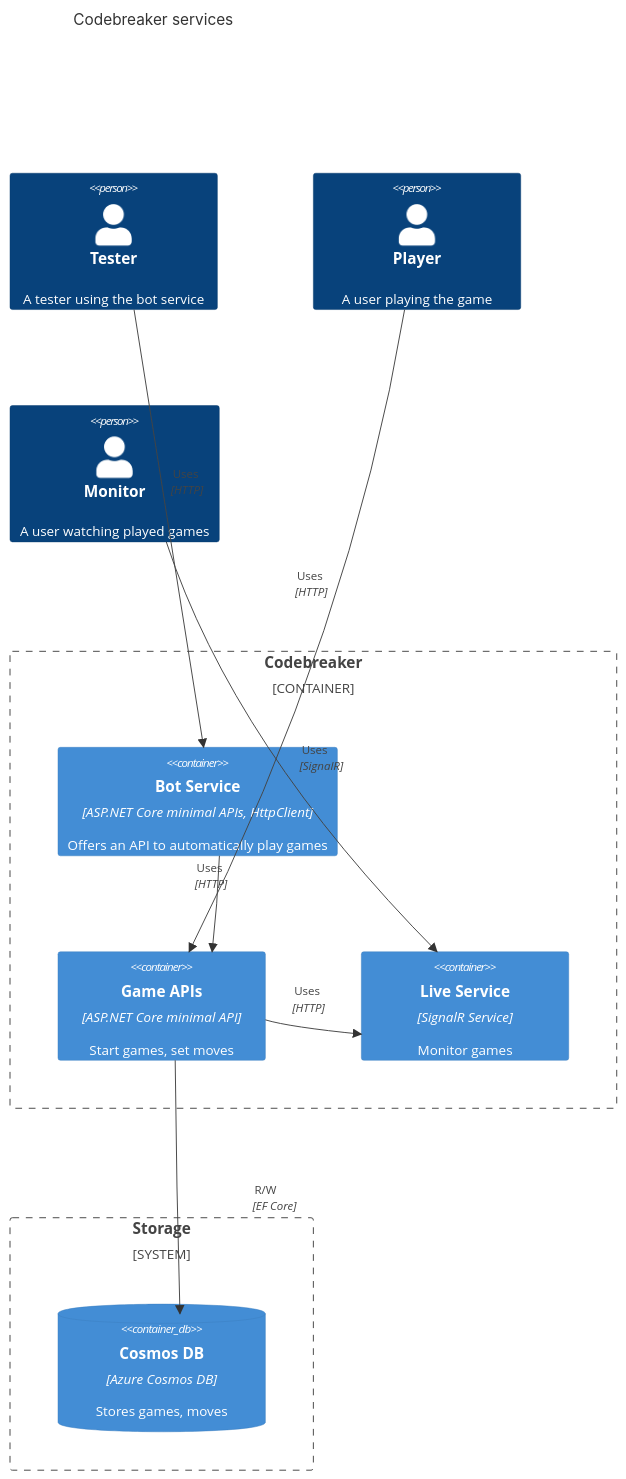
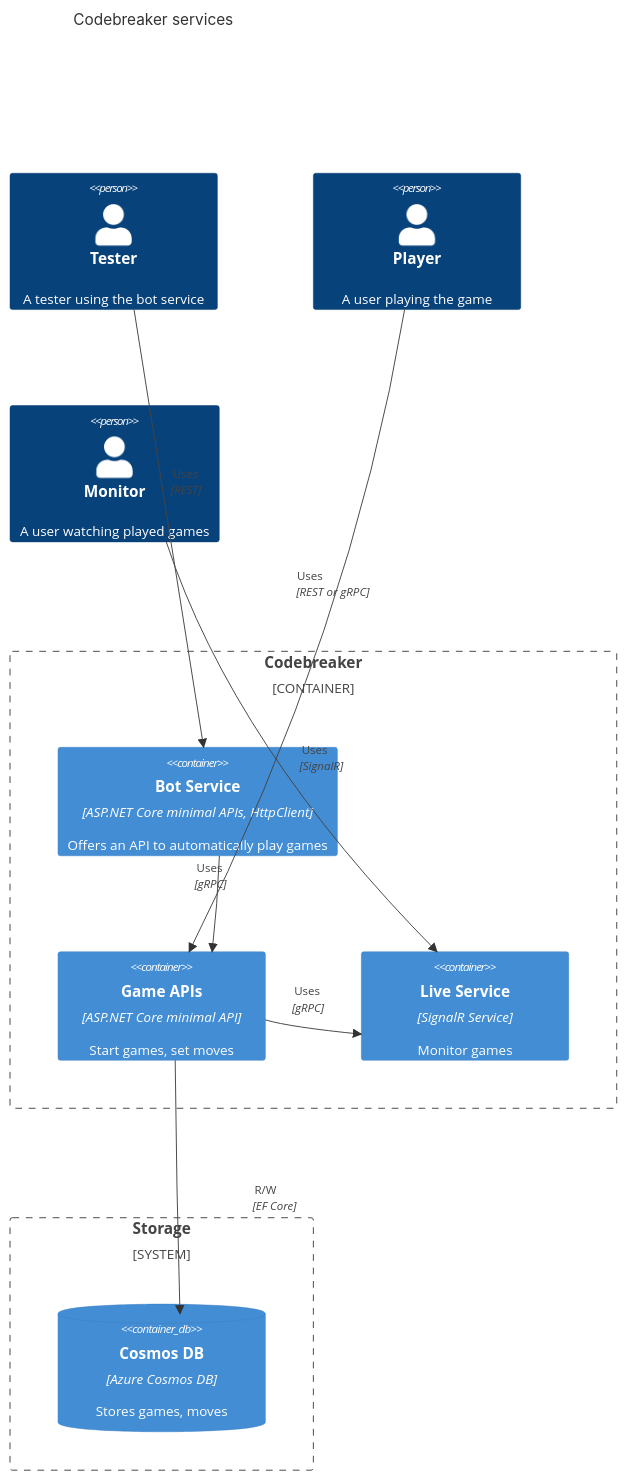
One commit to PacktPublishing/Pragmatic-Microservices-with-CSharp-and-Azure changed the diagram in ch14/containerdiagram.md. Above: the diagram before and after it, drawn with Mermaid.

Commit message:
containerdiagram - gRPC

````diff
--- a/ch14/containerdiagram.md
+++ b/ch14/containerdiagram.md
@@ -5,38 +5,38 @@
 ```mermaid
 C4Context
     title Codebreaker services
 
     Person(tester, "Tester" "A tester using the bot service")
     Person(player, "Player", "A user playing the game")
     Person(monitor, "Monitor", "A user watching played games")
 
     Container_Boundary(c1, "Codebreaker") {
         Container(codebreaker.bot, "Bot Service", "ASP.NET Core minimal APIs, HttpClient", "Offers an API to automatically play games")
         Container(codebreaker.gameapis, "Game APIs", "ASP.NET Core minimal API", "Start games, set moves")
         Container(codebreaker.live, "Live Service", "SignalR Service", "Monitor games")
     }
 
     System_Boundary(c2, "Storage") {
         ContainerDb(codebreaker.cosmos, "Cosmos DB", "Azure Cosmos DB", "Stores games, moves")
     }
 
-    Rel(tester, codebreaker.bot, "Uses", "HTTP")
+    Rel(tester, codebreaker.bot, "Uses", "REST")
     UpdateRelStyle(tester, codebreaker.bot, $offsetX="4" $offsetY="-60")
 
-    Rel(player, codebreaker.gameapis, "Uses", "HTTP")
+    Rel(player, codebreaker.gameapis, "Uses", "REST or gRPC")
     UpdateRelStyle(player, codebreaker.gameapis, $offsetY="-60")
 
     Rel(monitor, codebreaker.live, "Uses", "SignalR")
     UpdateRelStyle(monitor, codebreaker.live, $offxsetY="-90")
 
-    Rel(codebreaker.bot, codebreaker.gameapis, "Uses", "HTTP")
+    Rel(codebreaker.bot, codebreaker.gameapis, "Uses", "gRPC")
     UpdateRelStyle(codebreaker.bot, codebreaker.gameapis, $offsetX="-20" $offsetY="-40")
 
-    Rel(codebreaker.gameapis, codebreaker.live, "Uses", "HTTP")
+    Rel(codebreaker.gameapis, codebreaker.live, "Uses", "gRPC")
     UpdateRelStyle(codebreaker.gameapis, codebreaker.live, $offsetX="-20" $offsetY="-40")
 
     Rel(codebreaker.gameapis, codebreaker.cosmos, "R/W", "EF Core")
     UpdateRelStyle(codebreaker.gameapis, codebreaker.cosmos, $offsetX="80" $offsetY="0")
 
       UpdateLayoutConfig($c4ShapeInRow="3", $c4BoundaryInRow="1")
 ```
````
